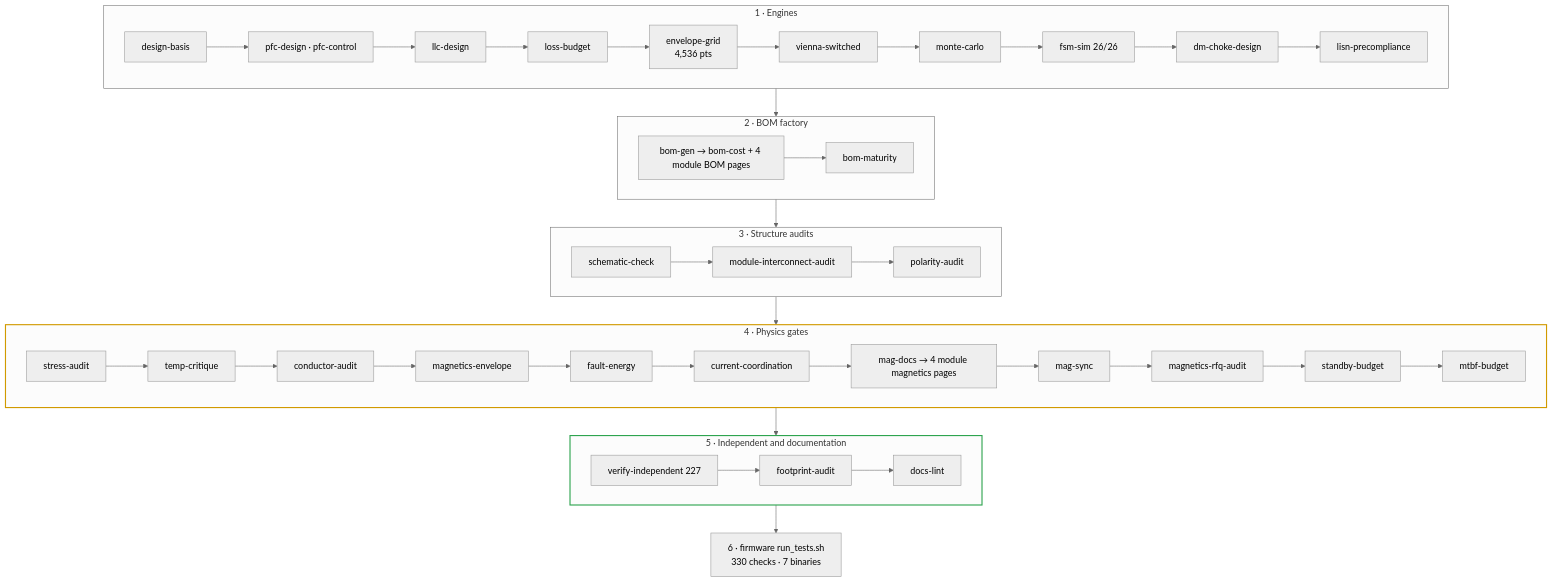
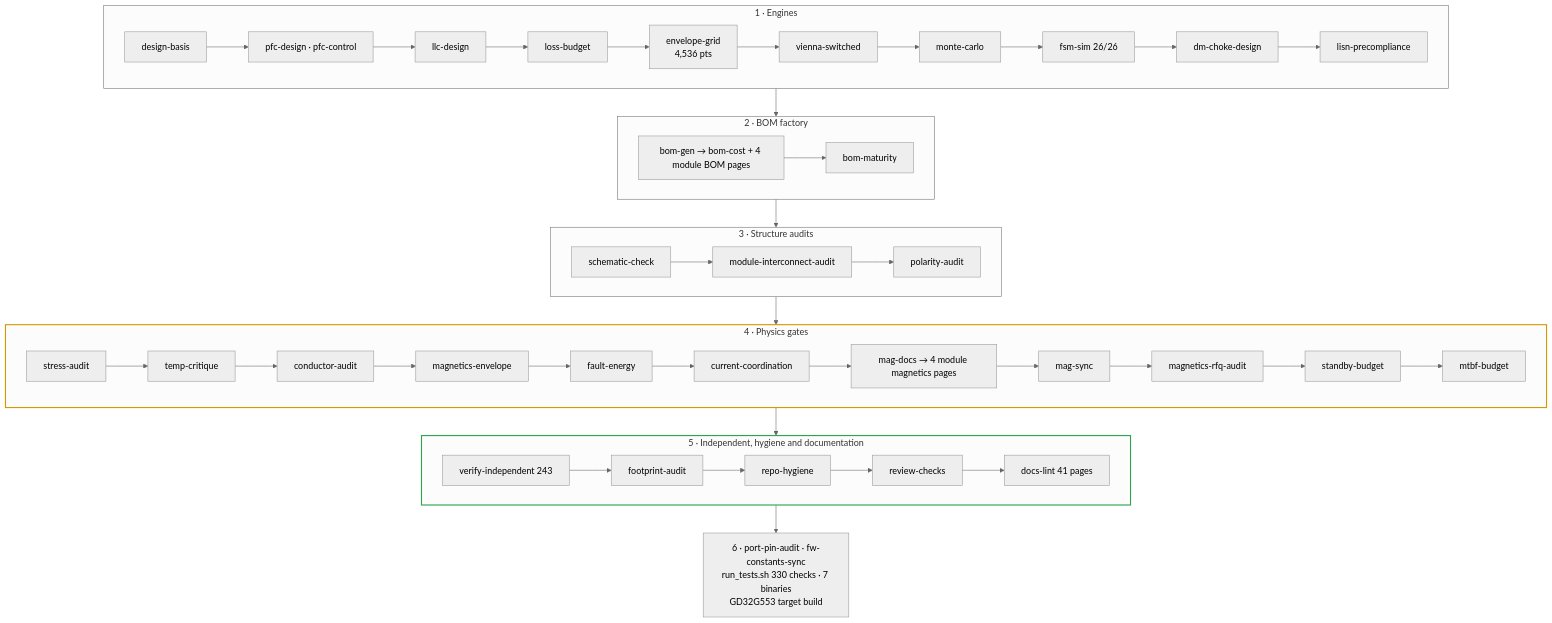
The first of 2 diagrams in calculations/README.md (vectivolt/DC-Modules), drawn with Mermaid (neutral theme) before and after one commit. The commit also changed other lines of this file and 802 other files, not shown here.

````diff
--- a/calculations/README.md
+++ b/calculations/README.md
@@ -37,29 +37,29 @@
 ```mermaid
 flowchart TB
   subgraph ENG["1 · Engines"]
     direction LR
     DB["design-basis"] --> PFC["pfc-design · pfc-control"] --> LLC["llc-design"] --> LOSS["loss-budget"]
     LOSS --> GRID["envelope-grid<br/>4,536 pts"] --> VS["vienna-switched"] --> MC["monte-carlo"] --> FSM["fsm-sim 26/26"]
     FSM --> DM["dm-choke-design"] --> LISN["lisn-precompliance"]
   end
   subgraph BOM["2 · BOM factory"]
     direction LR
     BG["bom-gen → bom-cost + 4 module BOM pages"] --> BM["bom-maturity"]
   end
   subgraph STR["3 · Structure audits"]
     direction LR
     SC["schematic-check"] --> MIA["module-interconnect-audit"] --> PA["polarity-audit"]
   end
   subgraph PHY["4 · Physics gates"]
     direction LR
     SA["stress-audit"] --> TC["temp-critique"] --> CA["conductor-audit"] --> ME["magnetics-envelope"] --> FE["fault-energy"] --> CC["current-coordination"] --> MD["mag-docs → 4 module magnetics pages"] --> MS["mag-sync"] --> RFQ["magnetics-rfq-audit"] --> SBY["standby-budget"] --> MTB["mtbf-budget"]
   end
-  subgraph IND["5 · Independent and documentation"]
+  subgraph IND["5 · Independent, hygiene and documentation"]
     direction LR
-    VI["verify-independent 227"] --> FA["footprint-audit"] --> DL["docs-lint"]
+    VI["verify-independent 243"] --> FP["footprint-audit"] --> RH["repo-hygiene"] --> RC["review-checks"] --> DL["docs-lint 41 pages"]
   end
-  FW["6 · firmware run_tests.sh<br/>330 checks · 7 binaries"]
+  FW["6 · port-pin-audit · fw-constants-sync<br/>run_tests.sh 330 checks · 7 binaries<br/>GD32G553 target build"]
   ENG --> BOM --> STR --> PHY --> IND --> FW
   style PHY stroke:#d19a00,stroke-width:2px
   style IND stroke:#2ea44f,stroke-width:2px
 ```
````
